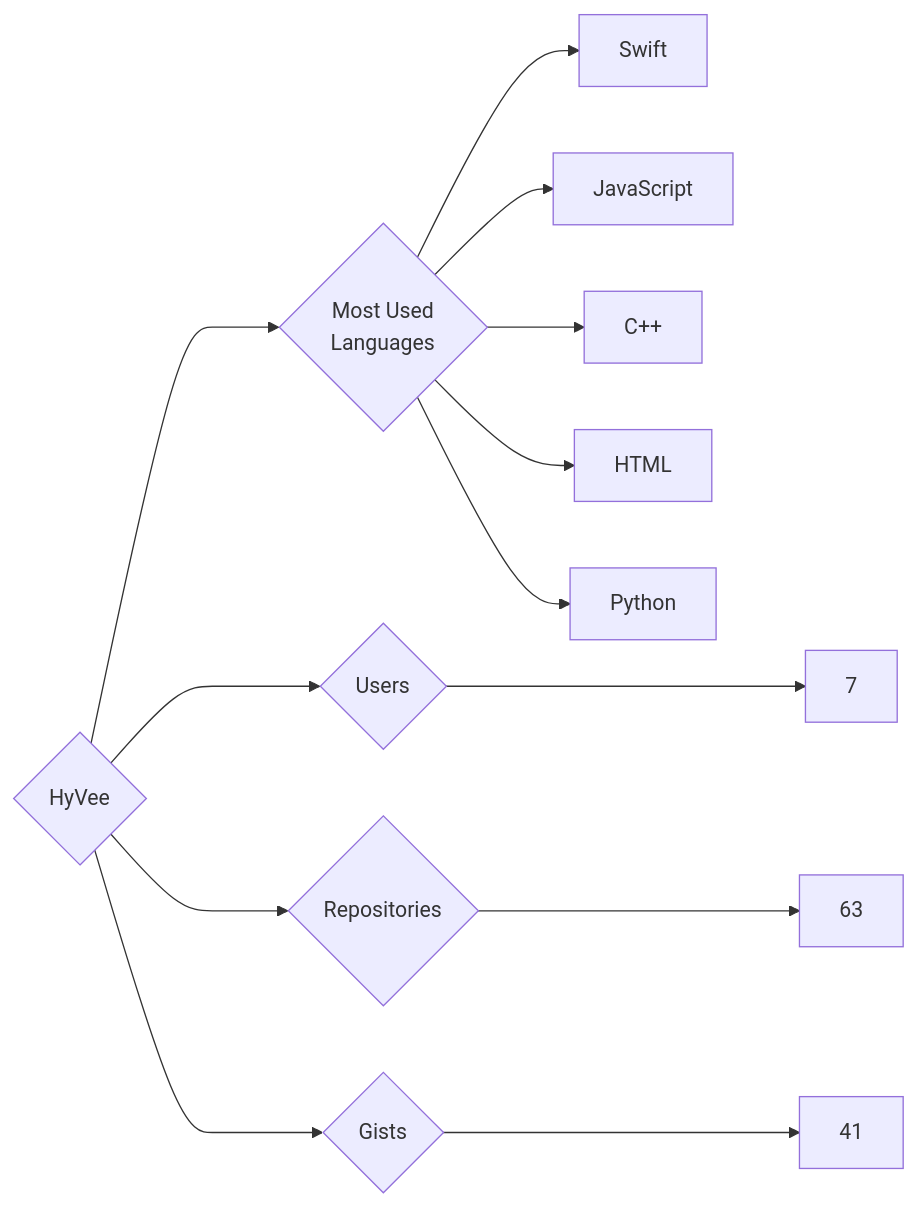
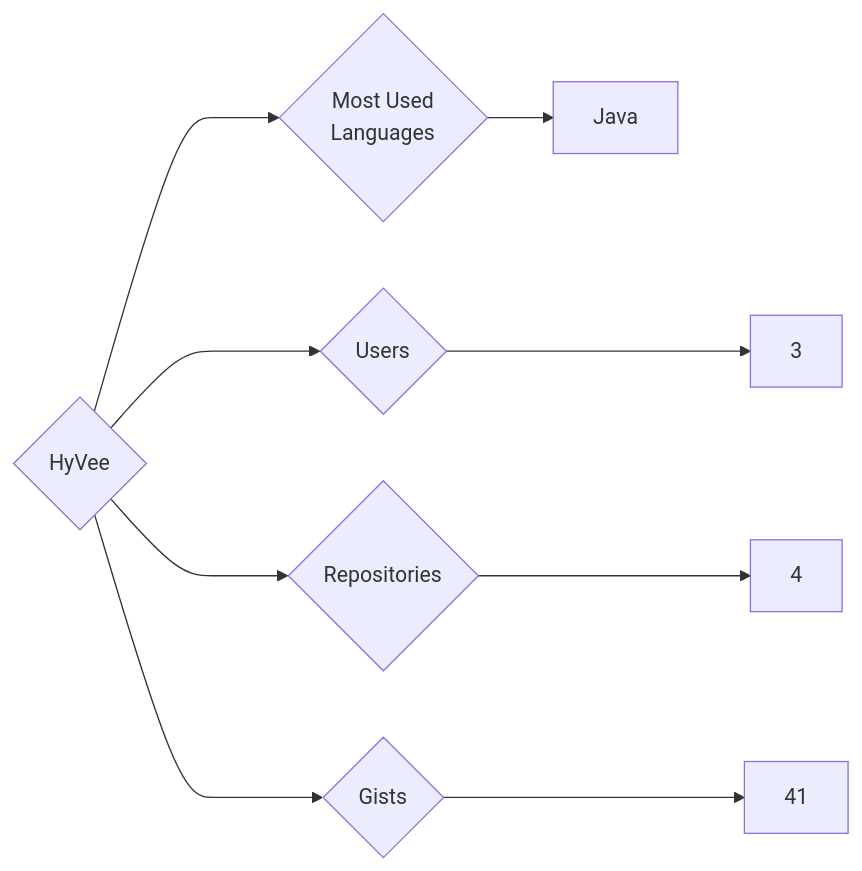
One commit to trickest/insiders changed the diagram in targets/HyVee/README.md. Above: the diagram before and after it, drawn with Mermaid. The commit also changed 998 other files, not shown here.

````diff
--- a/targets/HyVee/README.md
+++ b/targets/HyVee/README.md
@@ -3,13 +3,9 @@
 ```mermaid
 graph LR
 COMPANY_NAME{HyVee}
-COMPANY_NAME ---> U{Users} ---> UN[7]
-COMPANY_NAME ---> R{Repositories} ---> RN[63]
+COMPANY_NAME ---> U{Users} ---> UN[3]
+COMPANY_NAME ---> R{Repositories} ---> RN[4]
 COMPANY_NAME ---> G{Gists} ---> GN[41]
 COMPANY_NAME ---> ML{Most Used<br>Languages}
-ML --> Swift[Swift]
-ML --> JavaScript[JavaScript]
-ML --> C++[C++]
-ML --> HTML[HTML]
-ML --> Python[Python]
+ML --> Java[Java]
 ```
````
